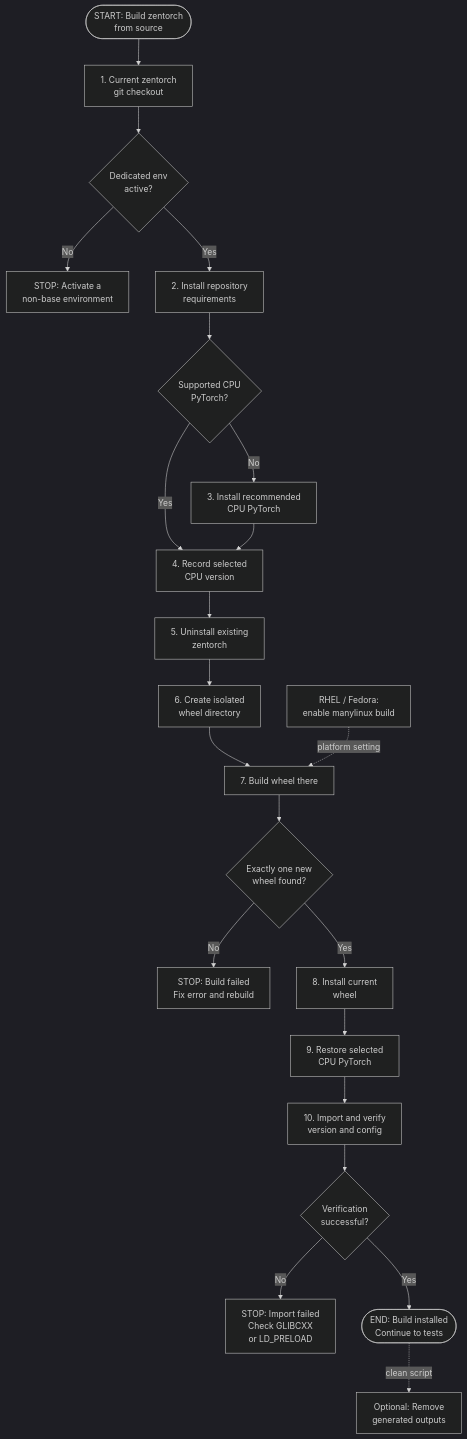
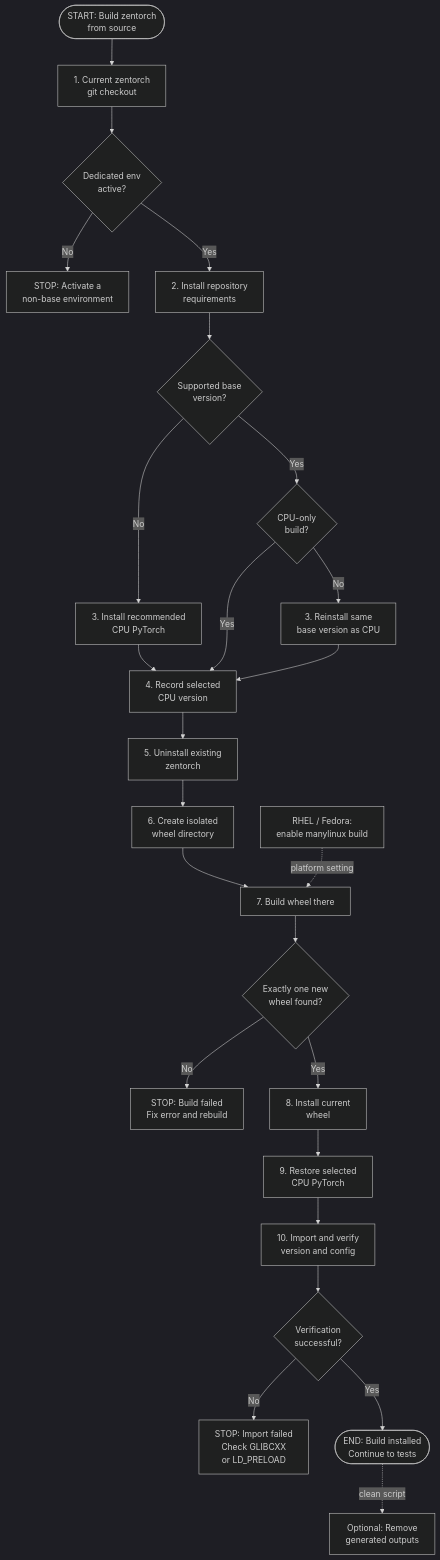
One commit to amd/ZenDNN-pytorch-plugin changed the diagram in .claude/skills/build-zentorch-from-source/zentorch-build-flow.md. Above: the diagram before and after it, drawn with Mermaid (dark theme). The commit also changed other lines of this file and 3 other files, not shown here.

Commit message:
[ZENTORCH CORE] Preserve supported PyTorch alternates

````diff
--- a/.claude/skills/build-zentorch-from-source/zentorch-build-flow.md
+++ b/.claude/skills/build-zentorch-from-source/zentorch-build-flow.md
@@ -30,37 +31,41 @@
 ```mermaid
 flowchart TD
     start(["START: Build zentorch<br/>from source"])
     checkout["1. Current zentorch<br/>git checkout"]
     env{"Dedicated env<br/>active?"}
     envFail["STOP: Activate a<br/>non-base environment"]
     requirements["2. Install repository<br/>requirements"]
-    torch{"Supported CPU<br/>PyTorch?"}
-    remediate["3. Install recommended<br/>CPU PyTorch"]
+    version{"Supported base<br/>version?"}
+    cpu{"CPU-only<br/>build?"}
+    sameCpu["3. Reinstall same<br/>base version as CPU"]
+    recommended["3. Install recommended<br/>CPU PyTorch"]
     selected["4. Record selected<br/>CPU version"]
     uninstall["5. Uninstall existing<br/>zentorch"]
     isolate["6. Create isolated<br/>wheel directory"]
     build["7. Build wheel there"]
     rhel["RHEL / Fedora:<br/>enable manylinux build"]
     wheel{"Exactly one new<br/>wheel found?"}
     buildFail["STOP: Build failed<br/>Fix error and rebuild"]
     install["8. Install current<br/>wheel"]
     restore["9. Restore selected<br/>CPU PyTorch"]
     verify["10. Import and verify<br/>version and config"]
     imports{"Verification<br/>successful?"}
     importFail["STOP: Import failed<br/>Check GLIBCXX<br/>or LD_PRELOAD"]
     done(["END: Build installed<br/>Continue to tests"])
     cleanup["Optional: Remove<br/>generated outputs"]
 
     start --> checkout --> env
     env -- No --> envFail
-    env -- Yes --> requirements --> torch
-    torch -- Yes --> selected
-    torch -- No --> remediate --> selected
+    env -- Yes --> requirements --> version
+    version -- Yes --> cpu
+    version -- No --> recommended --> selected
+    cpu -- Yes --> selected
+    cpu -- No --> sameCpu --> selected
     selected --> uninstall --> isolate --> build --> wheel
     rhel -. platform setting .-> build
     wheel -- No --> buildFail
     wheel -- Yes --> install --> restore --> verify --> imports
     imports -- No --> importFail
     imports -- Yes --> done
     done -. clean script .-> cleanup
 ```
````
